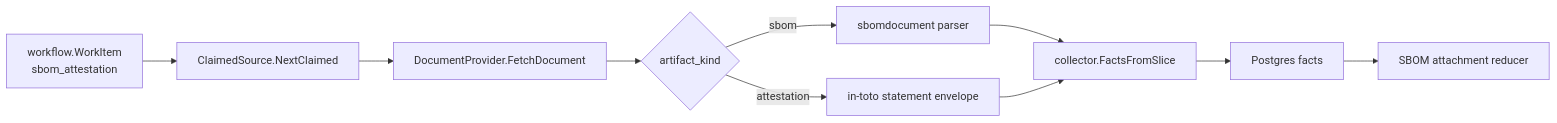
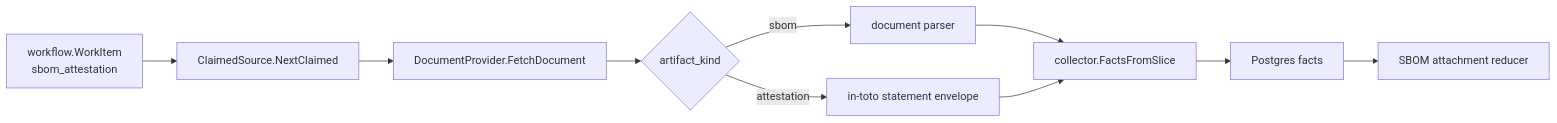
The diagram in go/internal/collector/sbom/runtime/README.md (eshu-hq/eshu), drawn with Mermaid before and after one commit. The commit also changed other lines of this file and 14 other files, not shown here.

````diff
--- a/go/internal/collector/sbom/runtime/README.md
+++ b/go/internal/collector/sbom/runtime/README.md
@@ -32,12 +32,12 @@
 ```mermaid
 flowchart LR
   A["workflow.WorkItem\nsbom_attestation"] --> B["ClaimedSource.NextClaimed"]
   B --> C["DocumentProvider.FetchDocument"]
   C --> D{"artifact_kind"}
-  D -- "sbom" --> E["sbomdocument parser"]
+  D -- "sbom" --> E["document parser"]
   D -- "attestation" --> F["in-toto statement envelope"]
   E --> G["collector.FactsFromSlice"]
   F --> G
   G --> H["Postgres facts"]
   H --> I["SBOM attachment reducer"]
 ```
````
